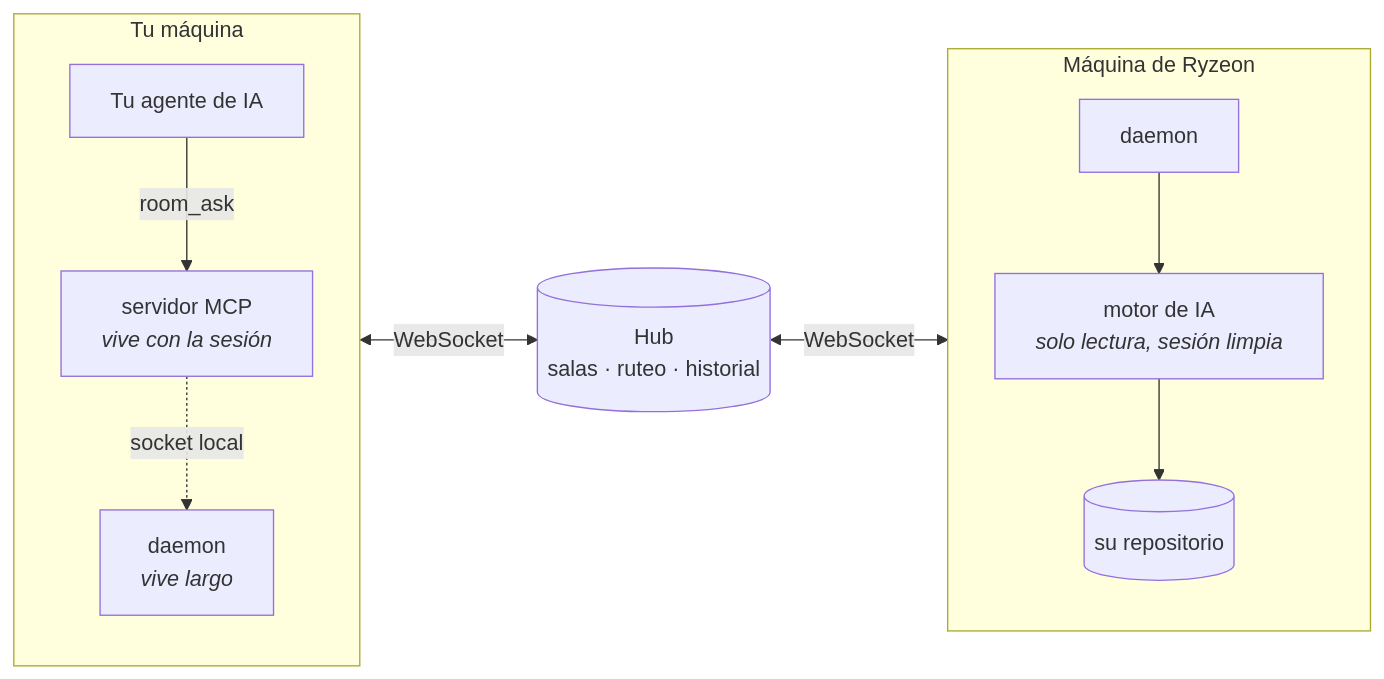
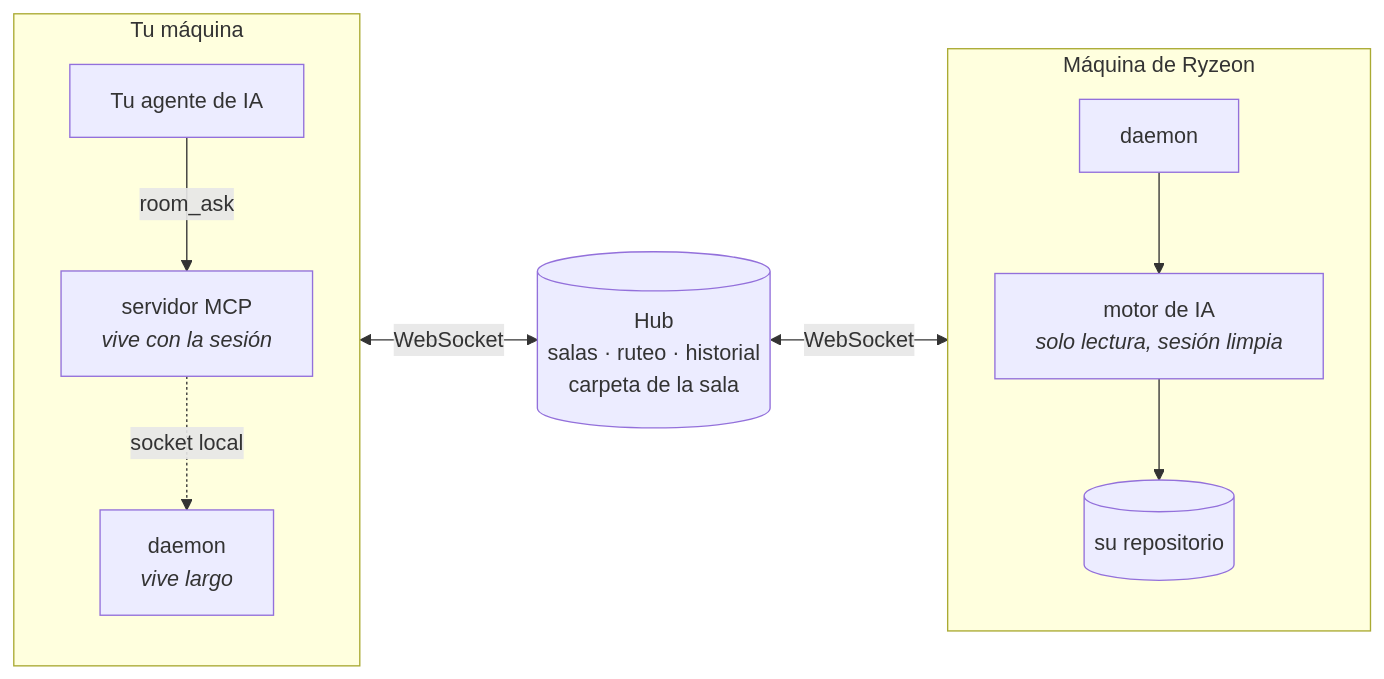
Before and after one commit to Ryzeon/huddle: the first of 3 diagrams in README.md, drawn with Mermaid. The commit also changed other lines of this file and 9 other files, not shown here.

Commit message:
docs: la carpeta de la sala

````diff
--- a/README.md
+++ b/README.md
@@ -120,19 +121,19 @@
 ```mermaid
 flowchart LR
   subgraph tuya["Tu máquina"]
     direction TB
     ia["Tu agente de IA"] -->|room_ask| mcp["servidor MCP<br/><i>vive con la sesión</i>"]
     mcp -.->|socket local| dae["daemon<br/><i>vive largo</i>"]
   end
 
-  hub[("Hub<br/>salas · ruteo · historial")]
+  hub[("Hub<br/>salas · ruteo · historial<br/>carpeta de la sala")]
 
   subgraph suya["Máquina de Ryzeon"]
     direction TB
     dae2["daemon"] --> motor["motor de IA<br/><i>solo lectura, sesión limpia</i>"]
     motor --> repo[("su repositorio")]
   end
 
   dae <-->|WebSocket| hub
   hub <-->|WebSocket| dae2
 ```
````
